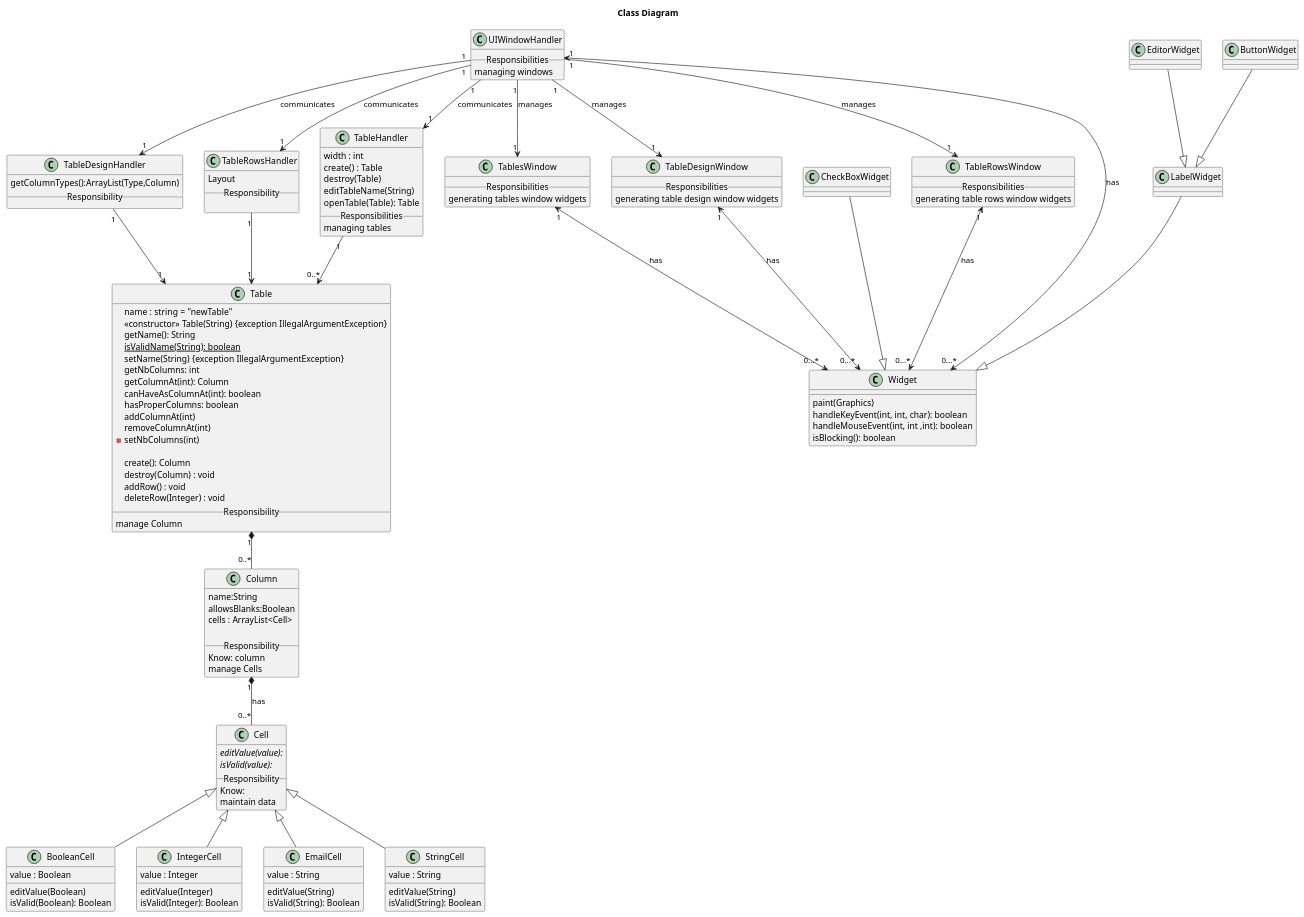
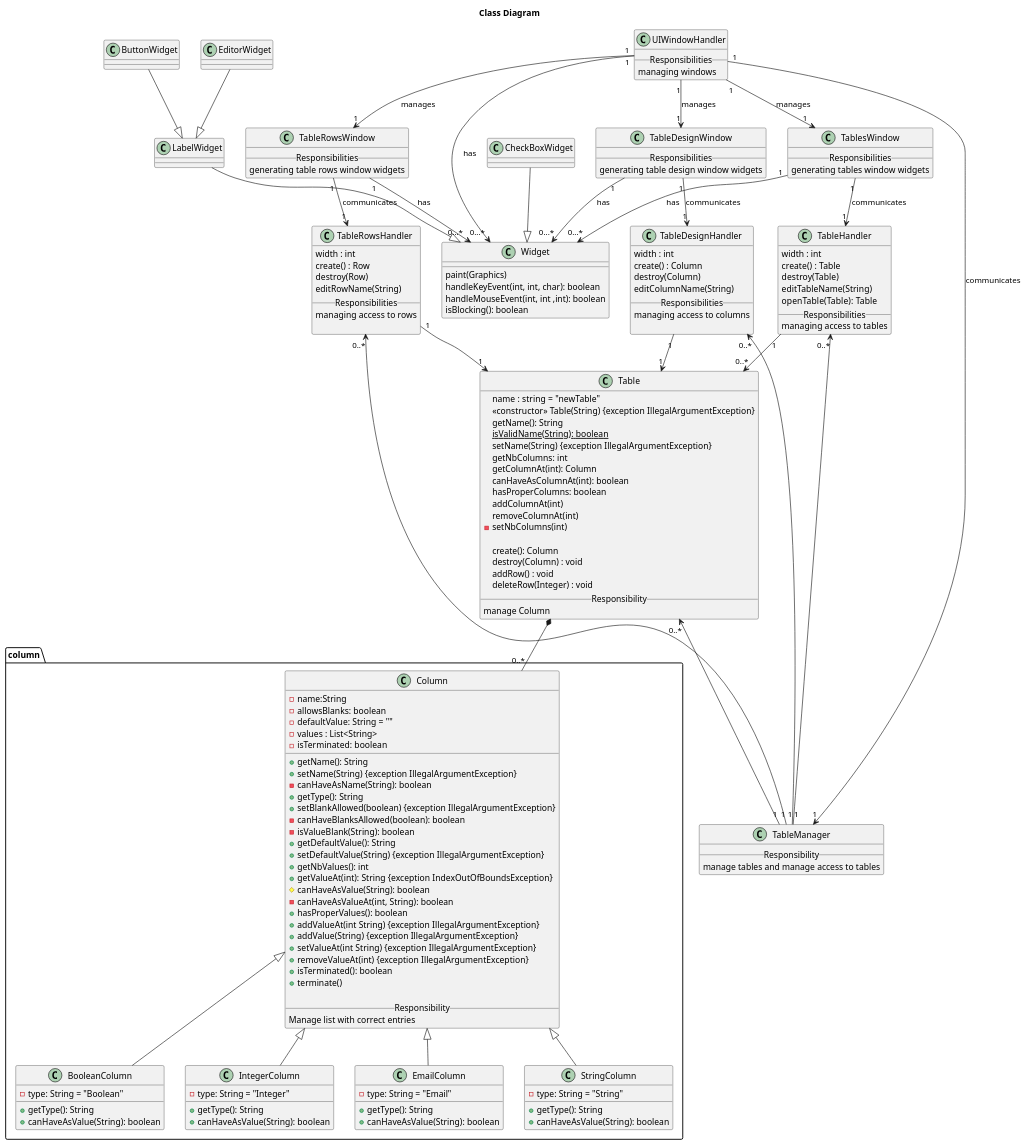
The diagram in diagrams/classDiagrams/classDiagram.puml (Bhamoss/softwareOntwerpProject), drawn with PlantUML before and after one commit. The commit also changed 1 other file, not shown here.

Commit message:
updated class diagram

```diff
--- a/diagrams/classDiagrams/classDiagram.puml
+++ b/diagrams/classDiagrams/classDiagram.puml
@@ -1,157 +1,196 @@
 @startuml
 title Class Diagram
 
 class Widget{
     paint(Graphics)
     handleKeyEvent(int, int, char): boolean
     handleMouseEvent(int, int ,int): boolean
     isBlocking(): boolean
 }
-UIWindowHandler "1" <--> "0...*" Widget: has
+UIWindowHandler "1" --> "0...*" Widget: has
 
 
 
 class LabelWidget{
 }
 LabelWidget --|> Widget
 
 
 class EditorWidget{
 }
 EditorWidget --|> LabelWidget
 
 class CheckBoxWidget{
 }
 CheckBoxWidget --|> Widget
 class ButtonWidget{
 }
 ButtonWidget --|> LabelWidget
 
 
 
 class UIWindowHandler{
 __Responsibilities__
     managing windows
 }
 
 class TablesWindow{
 __Responsibilities__
     generating tables window widgets
 }
 class TableDesignWindow{
 __Responsibilities__
     generating table design window widgets
 }
 class TableRowsWindow{
 __Responsibilities__
     generating table rows window widgets
 }
 
 UIWindowHandler "1" --> "1" TablesWindow: manages
 UIWindowHandler "1" --> "1" TableDesignWindow: manages
 UIWindowHandler "1" --> "1" TableRowsWindow: manages
 
-TablesWindow "1" <--> "0...*" Widget: has
-TableDesignWindow "1" <--> "0...*" Widget: has
-TableRowsWindow "1" <--> "0...*" Widget: has
+TablesWindow "1" --> "0...*" Widget: has
+TableDesignWindow "1" --> "0...*" Widget: has
+TableRowsWindow "1" --> "0...*" Widget: has
 
-UIWindowHandler "1" --> "1" TableHandler:  communicates
-UIWindowHandler "1" --> "1" TableDesignHandler:  communicates
-UIWindowHandler "1" --> "1" TableRowsHandler:  communicates
+TablesWindow "1" --> "1" TableHandler:  communicates
+TableDesignWindow "1" --> "1" TableDesignHandler:  communicates
+TableRowsWindow "1" --> "1" TableRowsHandler:  communicates
 
+class TableManager{
+__Responsibility__
+manage tables and manage access to tables
+}
+
+Table "0..*" <-- "1" TableManager
+TableHandler "0..*" <-- "1" TableManager
+TableDesignHandler "0..*" <-- "1" TableManager
+TableRowsHandler "0..*" <-- "1" TableManager
+UIWindowHandler "1" --> "1" TableManager:  communicates
 
 class TableHandler{
     width : int
     create() : Table
     destroy(Table)
     editTableName(String)
     openTable(Table): Table
     __Responsibilities__
-    managing tables
+    managing access to tables
 }
 TableHandler "1" --> "0..*" Table
 TableDesignHandler "1" --> "1" Table
 TableRowsHandler "1" --> "1" Table
 
 
 class TableDesignHandler{
-    getColumnTypes():ArrayList(Type,Column)
-__Responsibility__
+    width : int
+    create() : Column
+    destroy(Column)
+    editColumnName(String)
+    __Responsibilities__
+    managing access to columns
+
 }
 
 class TableRowsHandler{
-    Layout
-__Responsibility__
+    width : int
+    create() : Row
+    destroy(Row)
+    editRowName(String)
+    __Responsibilities__
+    managing access to rows
 
 }
 
 class Table{
     name : string = "newTable"
     <<constructor>> Table(String) {exception IllegalArgumentException}
     getName(): String
     isValidName(String): boolean {static}
     setName(String) {exception IllegalArgumentException}
     getNbColumns: int
     getColumnAt(int): Column
     canHaveAsColumnAt(int): boolean
     hasProperColumns: boolean
     addColumnAt(int)
     removeColumnAt(int)
     - setNbColumns(int)
 
     create(): Column
     destroy(Column) : void
     addRow() : void
     deleteRow(Integer) : void
 __Responsibility__
 manage Column
 }
 
+package "column" {
 
+    Column <|-- BooleanColumn
+    Column <|-- IntegerColumn
+    Column <|-- EmailColumn
+    Column <|-- StringColumn
 
-class Cell{
-editValue(value): {abstract}
-isValid(value): {abstract}
-__Responsibility__
-Know:
-maintain data
-}
-Cell <|-- BooleanCell
-Cell <|-- IntegerCell
-Cell <|-- EmailCell
-Cell <|-- StringCell
+    class Column{
+        -name:String
+        -allowsBlanks: boolean
+        -defaultValue: String = ""
+        -values : List<String>
+        -isTerminated: boolean
+        __
+        +getName(): String
+        +setName(String) {exception IllegalArgumentException}
+        -canHaveAsName(String): boolean
+        +getType(): String
+        +setBlankAllowed(boolean) {exception IllegalArgumentException}
+        -canHaveBlanksAllowed(boolean): boolean
+        -isValueBlank(String): boolean
+        +getDefaultValue(): String
+        +setDefaultValue(String) {exception IllegalArgumentException}
+        +getNbValues(): int
+        +getValueAt(int): String {exception IndexOutOfBoundsException}
+        #canHaveAsValue(String): boolean
+        -canHaveAsValueAt(int, String): boolean
+        +hasProperValues(): boolean
+        +addValueAt(int String) {exception IllegalArgumentException}
+        +addValue(String) {exception IllegalArgumentException}
+        +setValueAt(int String) {exception IllegalArgumentException}
+        +removeValueAt(int) {exception IllegalArgumentException}
+        +isTerminated(): boolean
+        +terminate()
 
-class Column{
-name:String
-allowsBlanks:Boolean
-cells : ArrayList<Cell>
+    __Responsibility__
+    Manage list with correct entries
+    }
 
-__Responsibility__
-Know: column
-manage Cells
+    Table *-- "0..*" Column
+
+    class BooleanColumn{
+        -type: String = "Boolean"
+        __
+        +getType(): String
+        +canHaveAsValue(String): boolean
+    }
+    class StringColumn{
+        -type: String = "String"
+        __
+        +getType(): String
+        +canHaveAsValue(String): boolean
+    }
+    class EmailColumn{
+        -type: String = "Email"
+        __
+        +getType(): String
+        +canHaveAsValue(String): boolean
+    }
+    class IntegerColumn{
+        -type: String = "Integer"
+        __
+        +getType(): String
+        +canHaveAsValue(String): boolean
+    }
 }
 
-Table "1" *-- "0..*" Column
-Column "1" *-- "0..*" Cell: has
-
-class BooleanCell{
-value : Boolean
-editValue(Boolean)
-isValid(Boolean): Boolean
-}
-class StringCell{
-value : String
-editValue(String)
-isValid(String): Boolean
-}
-class EmailCell{
-value : String
-editValue(String)
-isValid(String): Boolean
-}
-class IntegerCell{
-value : Integer
-editValue(Integer)
-isValid(Integer): Boolean
-}
 @enduml
```
